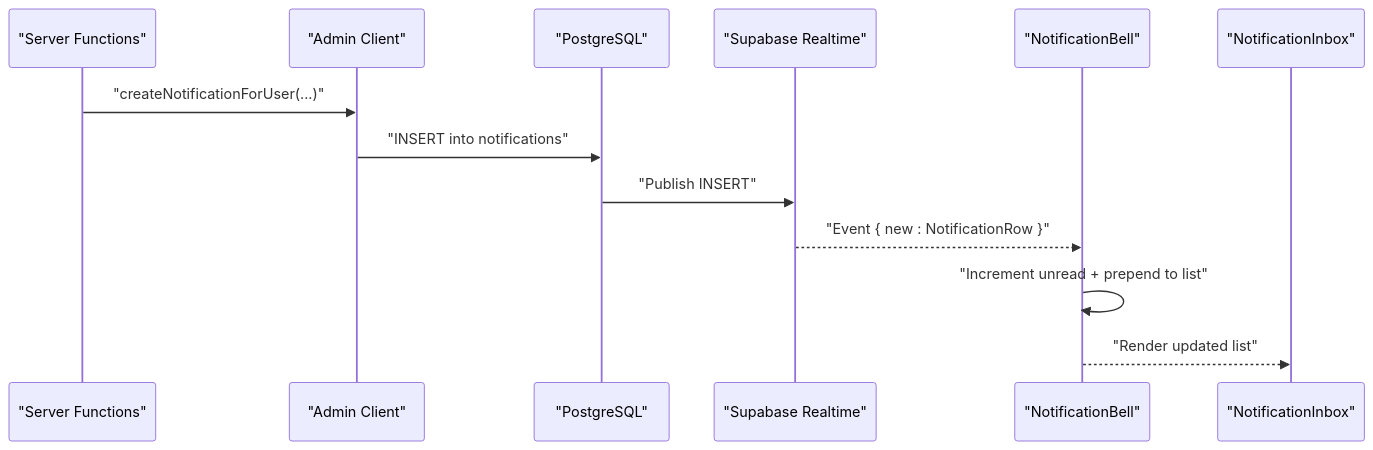
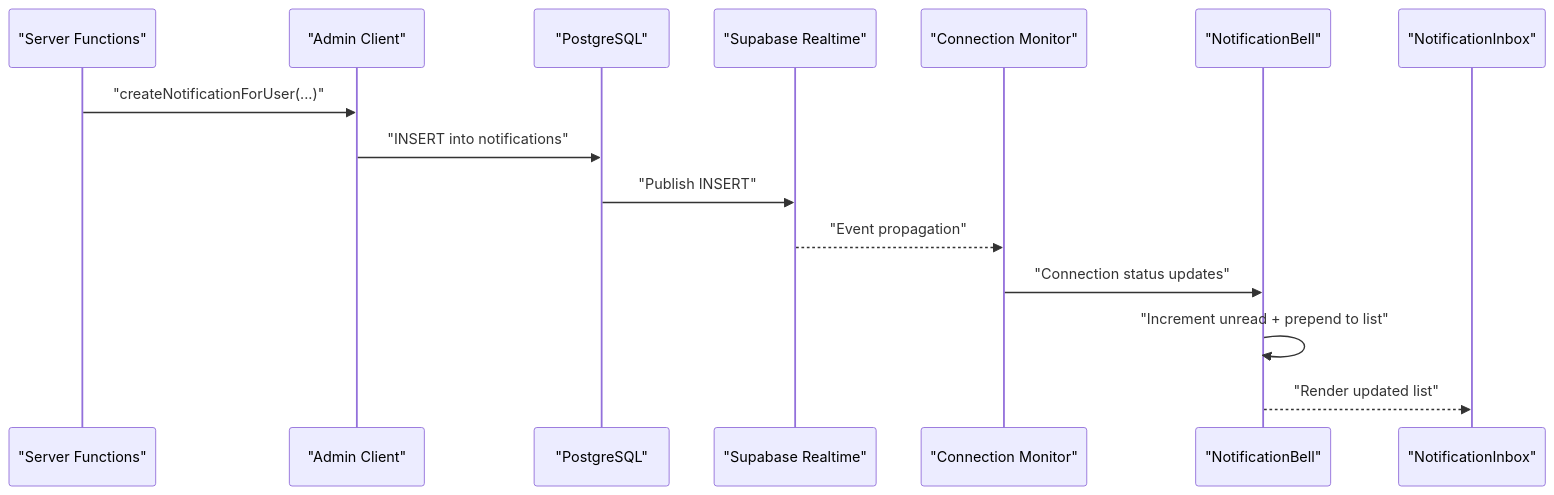
Before and after one commit to gastaldellomarco/pcReady: the eighth of 11 diagrams in .qoder/repowiki/en/content/Real-time Features/Real-time Features.md, drawn with Mermaid. The commit also changed other lines of this file and 15 other files, not shown here.

````diff
--- a/.qoder/repowiki/en/content/Real-time Features/Real-time Features.md
+++ b/.qoder/repowiki/en/content/Real-time Features/Real-time Features.md
@@ -244,15 +335,17 @@
 ```mermaid
 sequenceDiagram
 participant API as "Server Functions"
 participant Admin as "Admin Client"
 participant DB as "PostgreSQL"
 participant Pub as "Supabase Realtime"
+participant Monitor as "Connection Monitor"
 participant Bell as "NotificationBell"
 participant Inbox as "NotificationInbox"
 API->>Admin : "createNotificationForUser(...)"
 Admin->>DB : "INSERT into notifications"
 DB->>Pub : "Publish INSERT"
-Pub-->>Bell : "Event { new : NotificationRow }"
+Pub-->>Monitor : "Event propagation"
+Monitor->>Bell : "Connection status updates"
 Bell->>Bell : "Increment unread + prepend to list"
 Bell-->>Inbox : "Render updated list"
 ```
````
